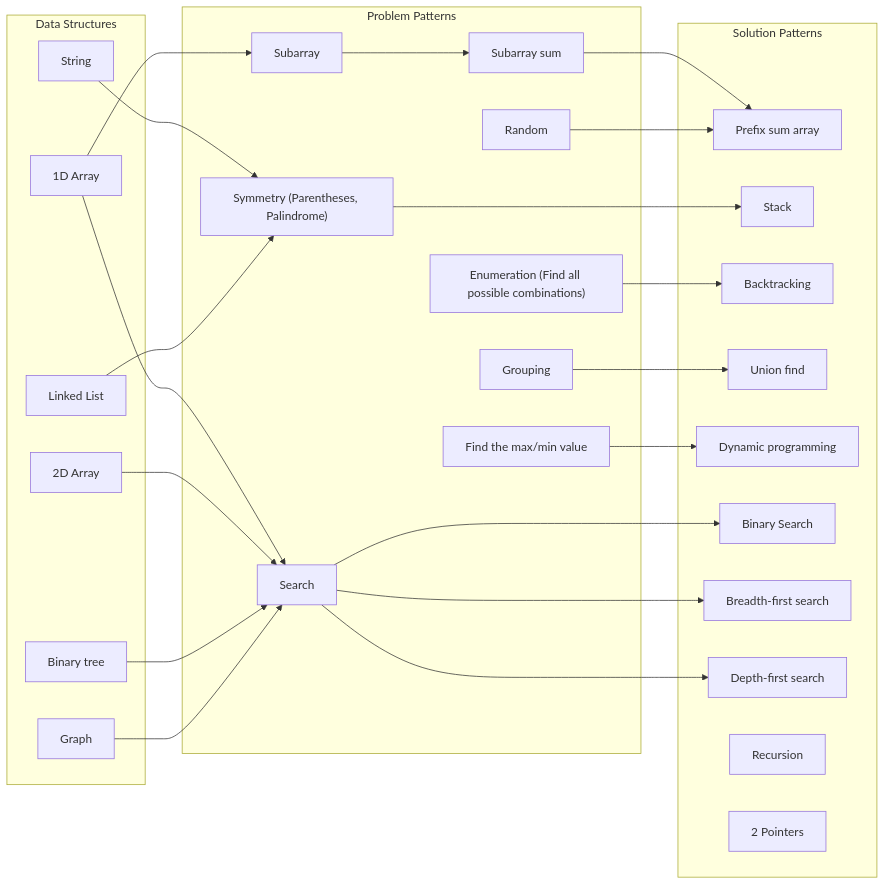
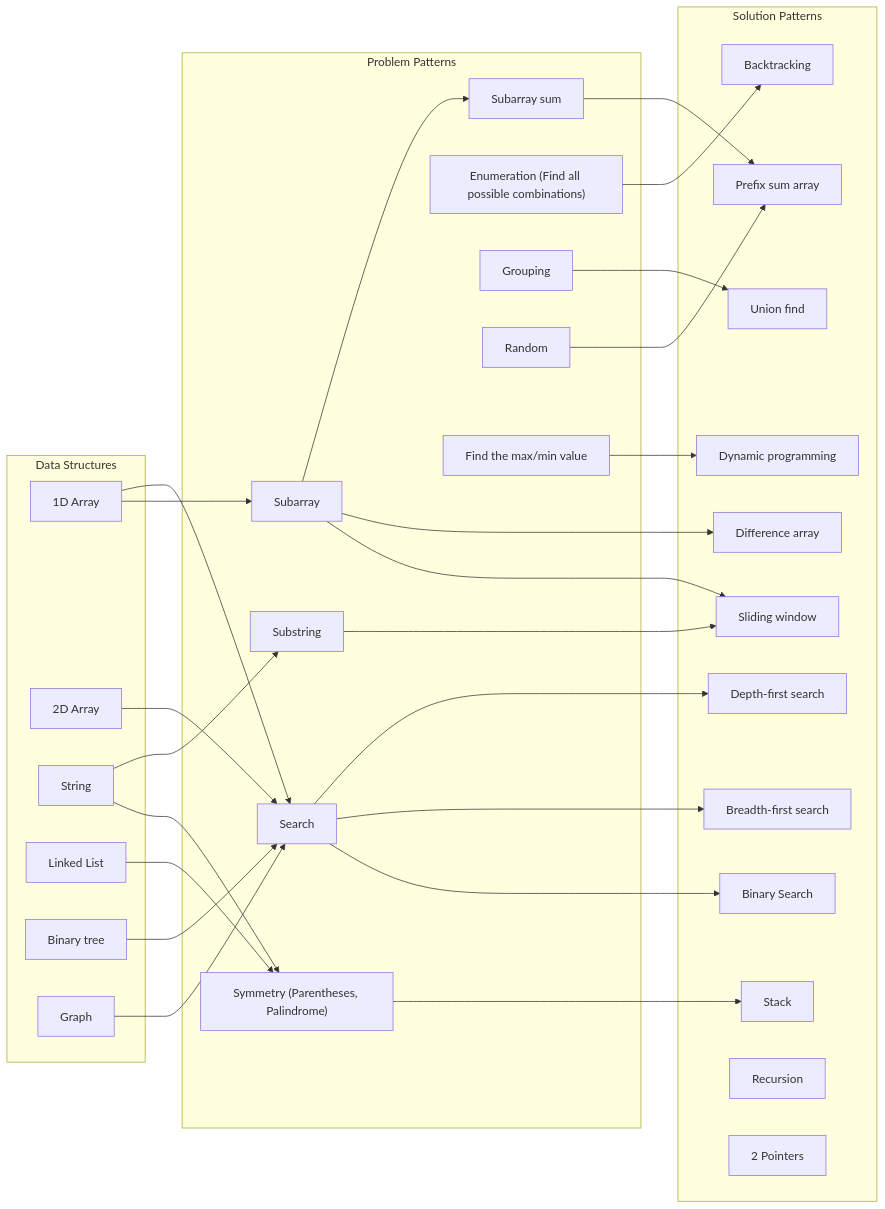
The diagram in README.md (wuyichen24/coding-interview), drawn with Mermaid before and after one commit.

````diff
--- a/README.md
+++ b/README.md
@@ -103,58 +103,65 @@
 ```mermaid
 flowchart LR
    %% data structure --> problem
    1DA-->SA
    1DA-->SC
    2DA-->SC
    ST-->SY
    LL-->SY
    BIT-->SC
    GP-->SC
+   ST-->SS
    
    %% problem --> solution
    SAS-->PSA
    SY-->SK
    EN-->BT
    GPG-->UF
    RD-->PSA
    FMM-->DP
    SC-->BS
    SC-->BFS
    SC-->DFS
+   SS-->SW
+   SA-->SW
+   SA-->DA
 
    %% problem internal
    SA-->SAS
 
    subgraph datastructureSG ["Data Structures"]
       1DA["1D Array"]
       2DA["2D Array"]
       LL["Linked List"]
       ST["String"]
       BIT["Binary tree"]
       GP["Graph"]
    end
 
    subgraph problemSG ["Problem Patterns"]
       SA["Subarray"]
       SAS["Subarray sum"]
+      SS["Substring"]
       SY["Symmetry (Parentheses, Palindrome)"]
       EN["Enumeration (Find all possible combinations)"]
       SC["Search"]
       GPG["Grouping"]
       RD["Random"]
       FMM["Find the max/min value"]
    end
 
    subgraph solutionSG [Solution Patterns]
       PSA["Prefix sum array"]
+      DA["Difference array"]
       RC["Recursion"]
       2P["2 Pointers"]
       SK["Stack"]
       BT["Backtracking"]
       BS["Binary Search"]
       BFS["Breadth-first search"]
       DFS["Depth-first search"]
       UF["Union find"]
       DP["Dynamic programming"]
+      SW["Sliding window"]
    end
 ```
````
